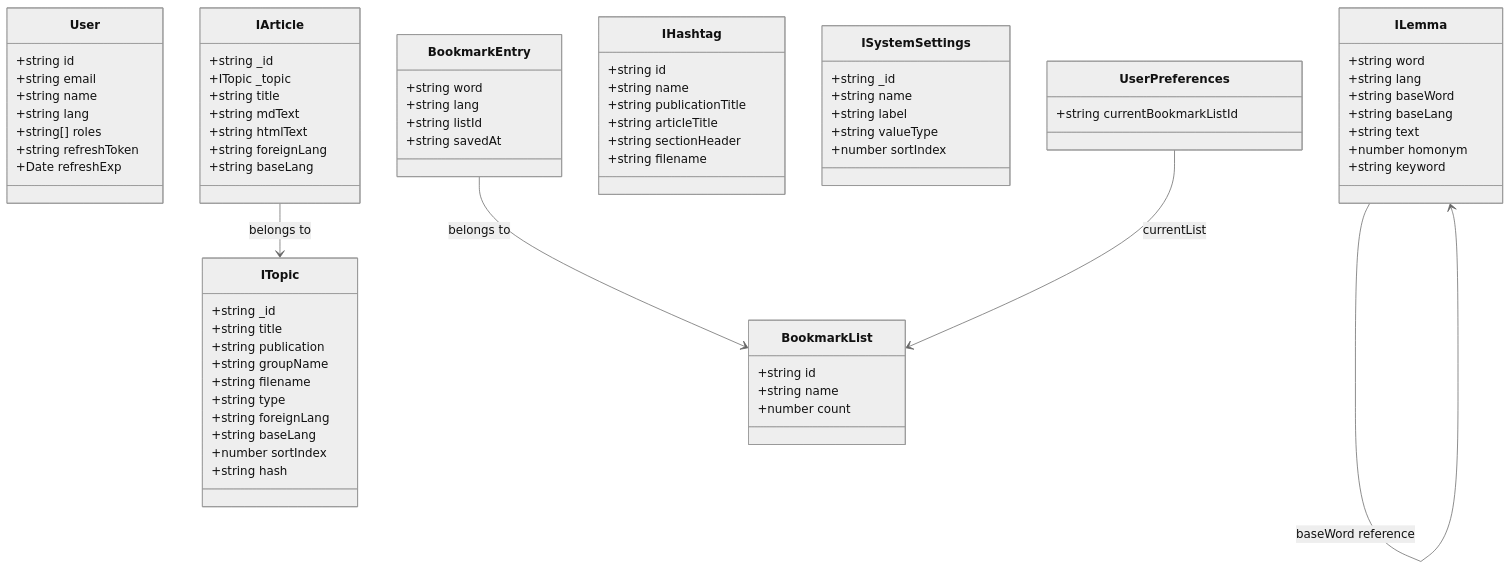
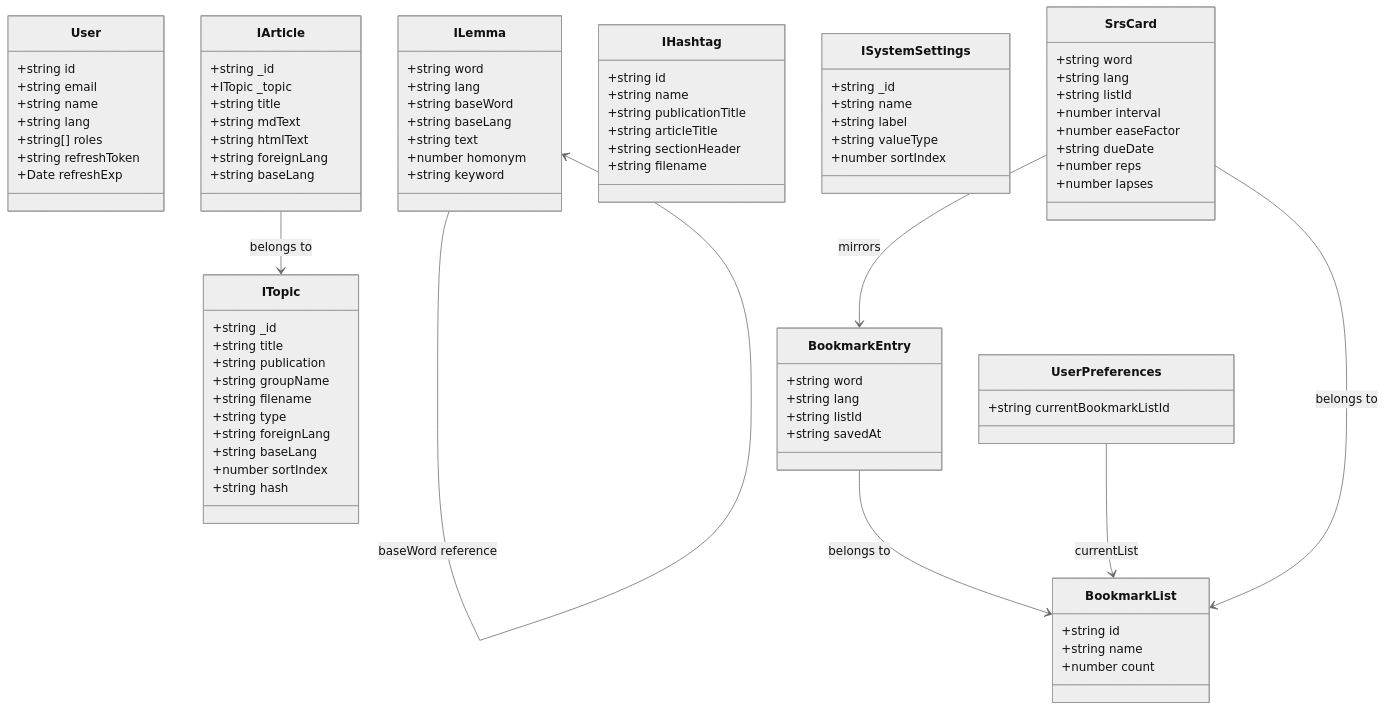
The eighth of 8 diagrams in apps/taalwiz-web/ARCHITECTURE.md (remarcmij/taalwiz-mono), drawn with Mermaid (neutral theme) before and after one commit. The commit also changed other lines of this file and 21 other files, not shown here.

````diff
--- a/apps/taalwiz-web/ARCHITECTURE.md
+++ b/apps/taalwiz-web/ARCHITECTURE.md
@@ -459,8 +472,21 @@
         +string currentBookmarkListId
     }
 
+    class SrsCard {
+        +string word
+        +string lang
+        +string listId
+        +number interval
+        +number easeFactor
+        +string dueDate
+        +number reps
+        +number lapses
+    }
+
     IArticle --> ITopic : belongs to
     ILemma --> ILemma : baseWord reference
     BookmarkEntry --> BookmarkList : belongs to
     UserPreferences --> BookmarkList : currentList
+    SrsCard --> BookmarkList : belongs to
+    SrsCard --> BookmarkEntry : mirrors
 ```
````
